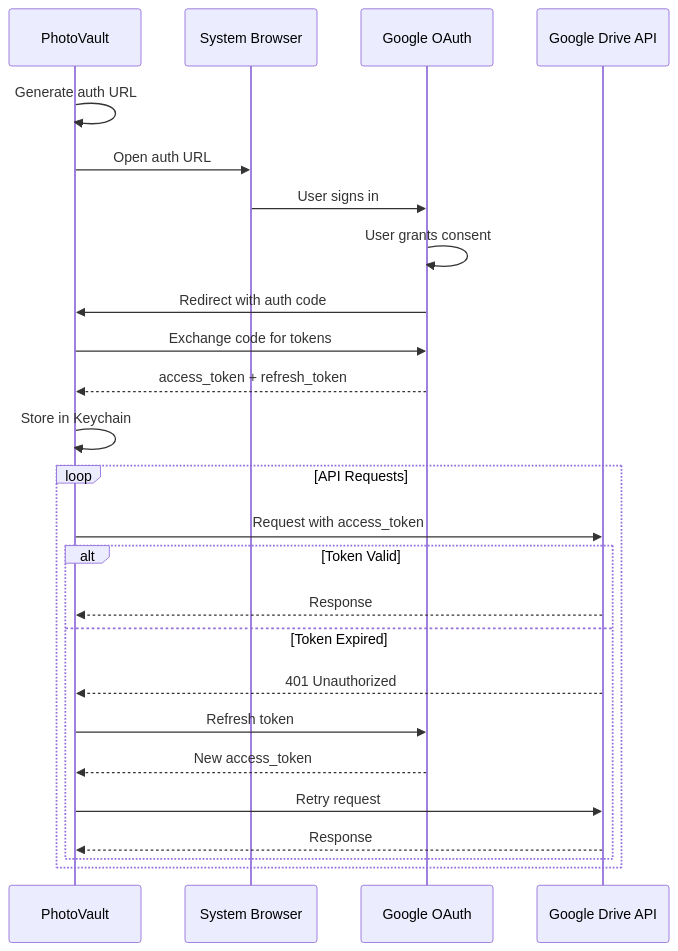
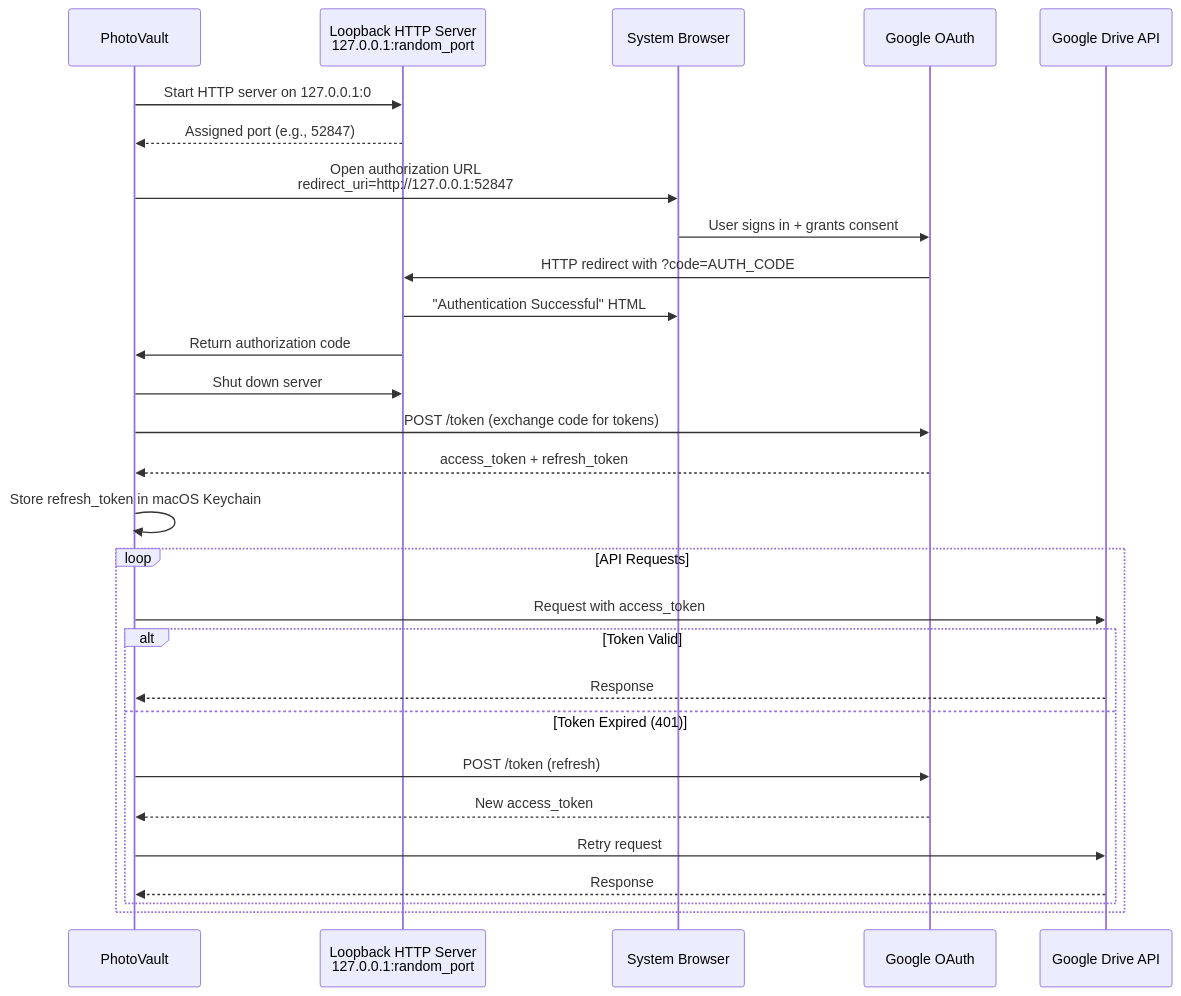
One commit to welshofer/photovault changed the seventh of 12 diagrams in docs/ARCHITECTURE.md. Above: the diagram before and after it, drawn with Mermaid. The commit also changed other lines of this file and 6 other files, not shown here.

````diff
--- a/docs/ARCHITECTURE.md
+++ b/docs/ARCHITECTURE.md
@@ -288,30 +288,33 @@
 ```mermaid
 sequenceDiagram
     participant App as PhotoVault
+    participant Server as Loopback HTTP Server<br/>127.0.0.1:random_port
     participant Browser as System Browser
     participant Google as Google OAuth
     participant Drive as Google Drive API
-    
-    App->>App: Generate auth URL
-    App->>Browser: Open auth URL
-    Browser->>Google: User signs in
-    Google->>Google: User grants consent
-    Google->>App: Redirect with auth code
-    
-    App->>Google: Exchange code for tokens
+
+    App->>Server: Start HTTP server on 127.0.0.1:0
+    Server-->>App: Assigned port (e.g., 52847)
+    App->>Browser: Open authorization URL<br/>redirect_uri=http://127.0.0.1:52847
+    Browser->>Google: User signs in + grants consent
+    Google->>Server: HTTP redirect with ?code=AUTH_CODE
+    Server->>Browser: "Authentication Successful" HTML
+    Server->>App: Return authorization code
+    App->>Server: Shut down server
+
+    App->>Google: POST /token (exchange code for tokens)
     Google-->>App: access_token + refresh_token
-    App->>App: Store in Keychain
-    
+    App->>App: Store refresh_token in macOS Keychain
+
     loop API Requests
         App->>Drive: Request with access_token
         alt Token Valid
             Drive-->>App: Response
-        else Token Expired
-            Drive-->>App: 401 Unauthorized
-            App->>Google: Refresh token
+        else Token Expired (401)
+            App->>Google: POST /token (refresh)
             Google-->>App: New access_token
             App->>Drive: Retry request
             Drive-->>App: Response
         end
     end
 ```
````
